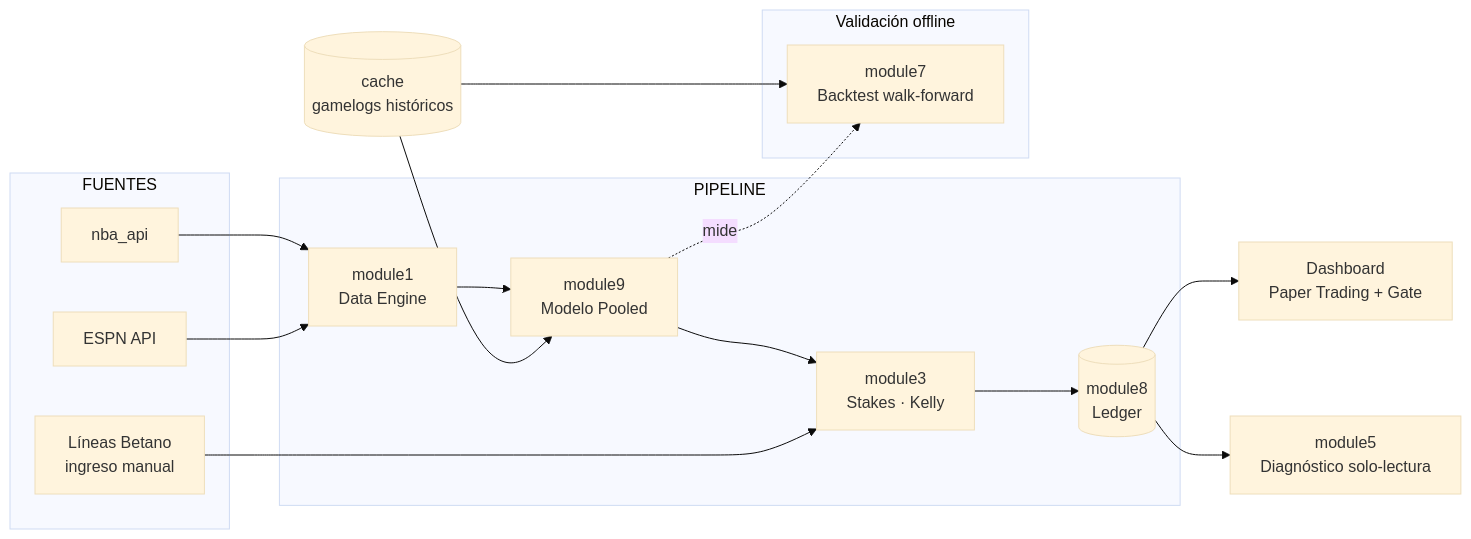
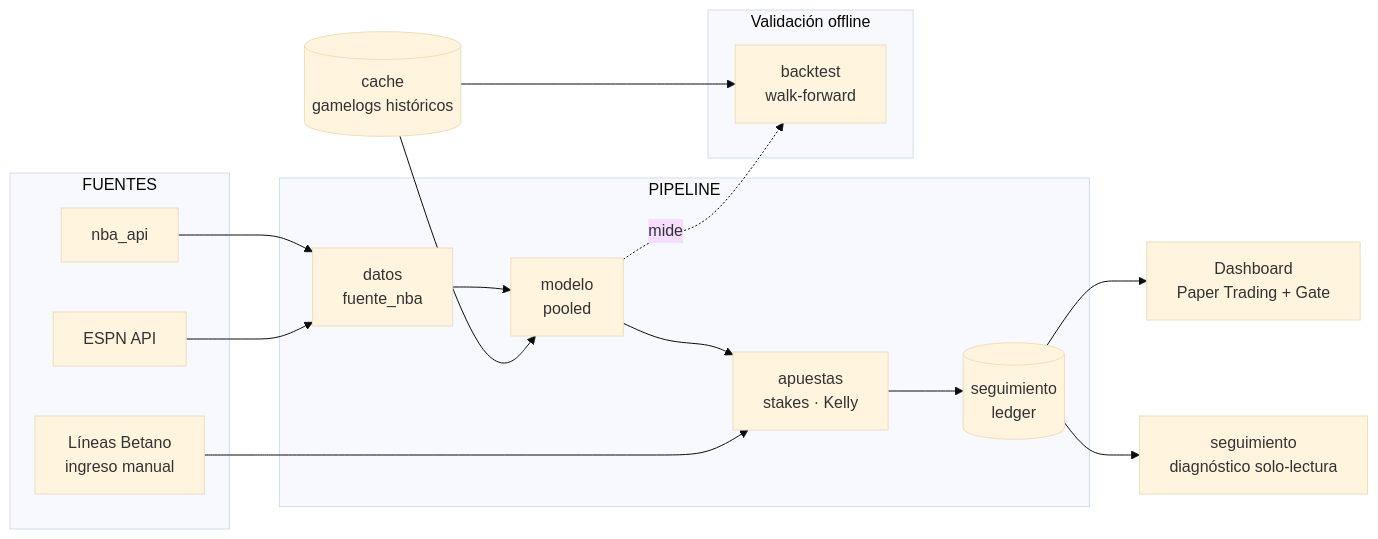
Before and after one commit to SantiagoRicaurte06/N.B.A_Predictor: the diagram in README.md, drawn with Mermaid (base theme). The commit also changed other lines of this file and 41 other files, not shown here.

````diff
--- a/README.md
+++ b/README.md
@@ -28,31 +28,31 @@
 ```mermaid
 flowchart LR
     subgraph FUENTES
         NBA[nba_api]
         ESPN[ESPN API]
         BET[Líneas Betano<br/>ingreso manual]
     end
 
     subgraph PIPELINE
-        M1[module1<br/>Data Engine]
-        M9[module9<br/>Modelo Pooled]
-        M3[module3<br/>Stakes · Kelly]
-        M8[(module8<br/>Ledger)]
+        M1[datos<br/>fuente_nba]
+        M9[modelo<br/>pooled]
+        M3[apuestas<br/>stakes · Kelly]
+        M8[(seguimiento<br/>ledger)]
     end
 
     NBA --> M1
     ESPN --> M1
     M1 --> M9
     CACHE[(cache<br/>gamelogs históricos)] --> M9
     M9 --> M3
     BET --> M3
     M3 --> M8
     M8 --> DASH[Dashboard<br/>Paper Trading + Gate]
-    M8 --> M5[module5<br/>Diagnóstico solo-lectura]
+    M8 --> M5[seguimiento<br/>diagnóstico solo-lectura]
 
     subgraph OFFLINE["Validación offline"]
-        M7[module7<br/>Backtest walk-forward]
+        M7[backtest<br/>walk-forward]
     end
     CACHE --> M7
     M9 -.mide.-> M7
 ```
````
